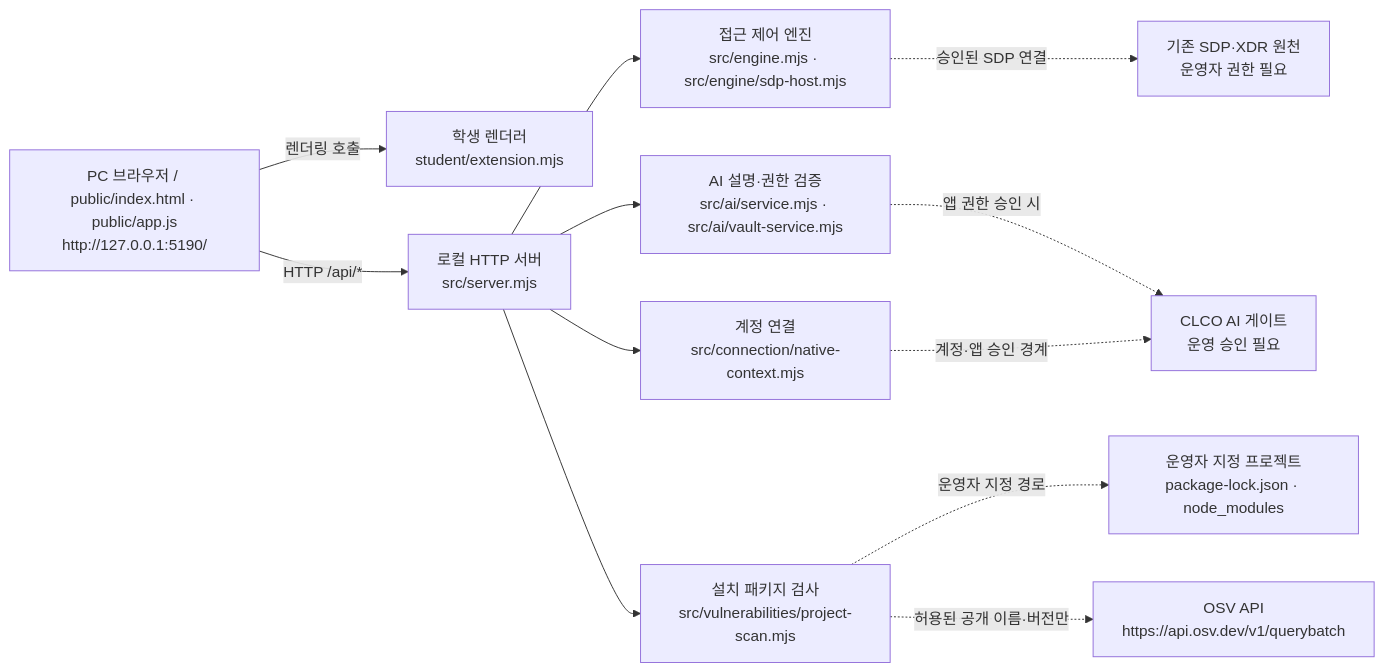
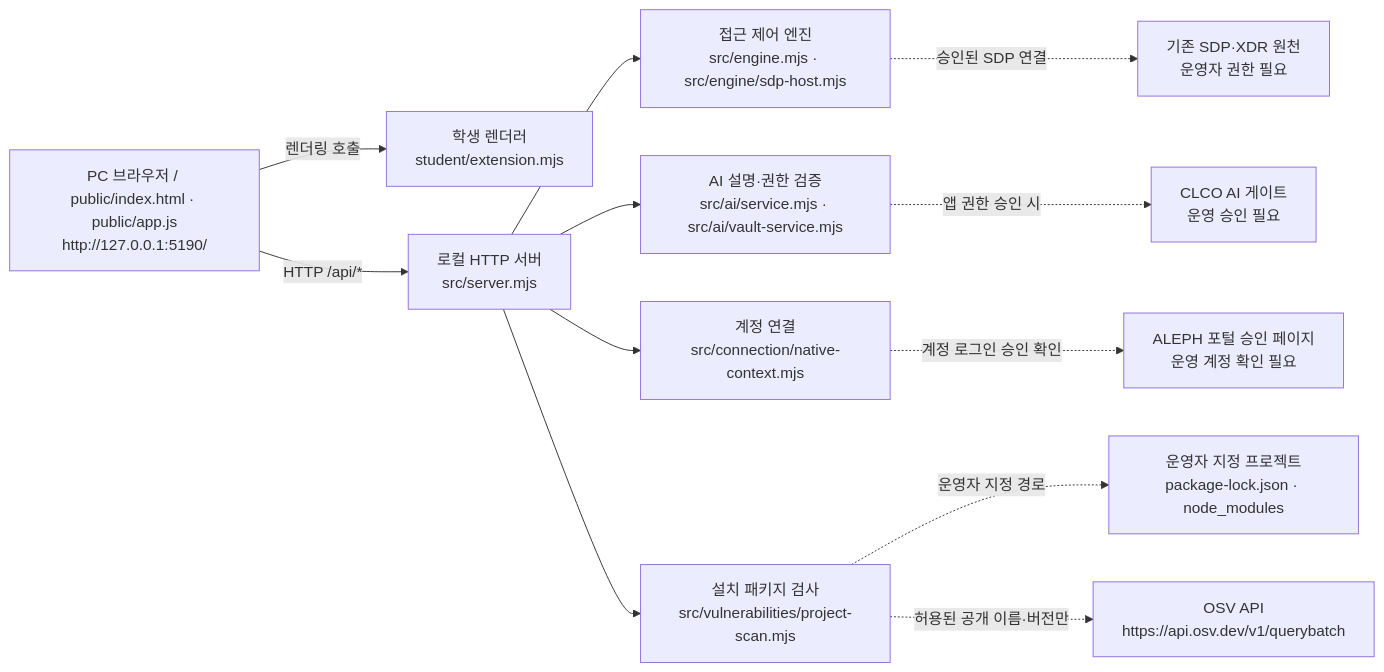
Before and after one commit to yeaun12/argos-security-agent: the diagram in on-client/docs/STUDENT_RUNBOOK.md, drawn with Mermaid.

Commit message:
docs(stage21): distinguish ALEPH native approval from CLCO model gateway

```diff
--- a/on-client/docs/STUDENT_RUNBOOK.md
+++ b/on-client/docs/STUDENT_RUNBOOK.md
@@ -118,25 +118,26 @@
 ~~~mermaid
 flowchart LR
   B["PC 브라우저 / public/index.html · public/app.js<br/>http://127.0.0.1:5190/"]
   U["학생 렌더러<br/>student/extension.mjs"]
   S["로컬 HTTP 서버<br/>src/server.mjs"]
   E["접근 제어 엔진<br/>src/engine.mjs · src/engine/sdp-host.mjs"]
   X["기존 SDP·XDR 원천<br/>운영자 권한 필요"]
   A["AI 설명·권한 검증<br/>src/ai/service.mjs · src/ai/vault-service.mjs"]
   N["계정 연결<br/>src/connection/native-context.mjs"]
   G["CLCO AI 게이트<br/>운영 승인 필요"]
+  P["ALEPH 포털 승인 페이지<br/>운영 계정 확인 필요"]
   V["설치 패키지 검사<br/>src/vulnerabilities/project-scan.mjs"]
   L["운영자 지정 프로젝트<br/>package-lock.json · node_modules"]
   O["OSV API<br/>https://api.osv.dev/v1/querybatch"]
   B -->|HTTP /api/*| S
   B -->|렌더링 호출| U
   S --> E
   E -.->|승인된 SDP 연결| X
   S --> A
   S --> N
   A -.->|앱 권한 승인 시| G
-  N -.->|계정·앱 승인 경계| G
+  N -.->|계정 로그인 승인 확인| P
   S --> V
   V -.->|운영자 지정 경로| L
   V -.->|허용된 공개 이름·버전만| O
 ~~~
```
